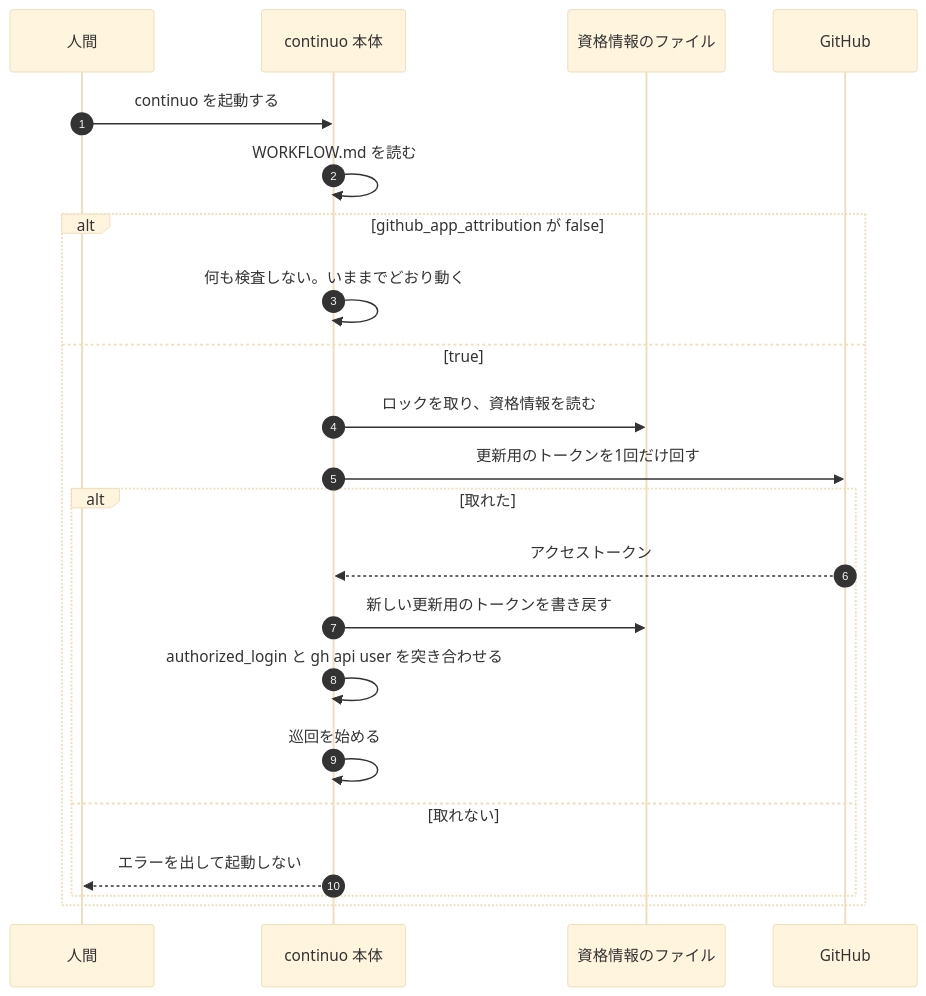
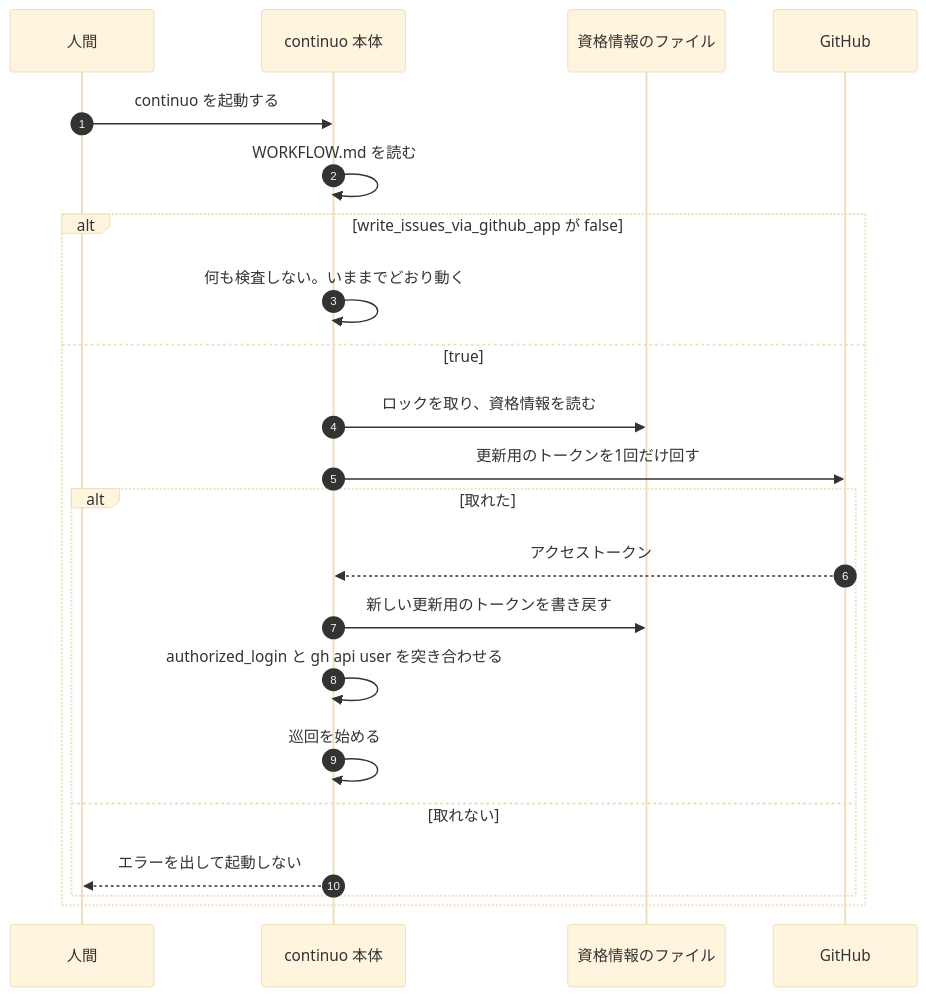
Before and after one commit to maimuzo/continuo: the ninth of 12 diagrams in docs/plans/impl/issue245_github_app_attribution.md, drawn with Mermaid (base theme). The commit also changed other lines of this file, not shown here.

````diff
--- a/docs/plans/impl/issue245_github_app_attribution.md
+++ b/docs/plans/impl/issue245_github_app_attribution.md
@@ -899,24 +901,24 @@
 ```mermaid
 sequenceDiagram
     autonumber
     participant H as 人間
     participant C as continuo 本体
     participant F as 資格情報のファイル
     participant GH as GitHub
     H->>C: continuo を起動する
     C->>C: WORKFLOW.md を読む
-    alt github_app_attribution が false
+    alt write_issues_via_github_app が false
         C->>C: 何も検査しない。いままでどおり動く
     else true
         C->>F: ロックを取り、資格情報を読む
         C->>GH: 更新用のトークンを1回だけ回す
         alt 取れた
             GH-->>C: アクセストークン
             C->>F: 新しい更新用のトークンを書き戻す
             C->>C: authorized_login と gh api user を突き合わせる
             C->>C: 巡回を始める
         else 取れない
             C-->>H: エラーを出して起動しない
         end
     end
 ```
````
